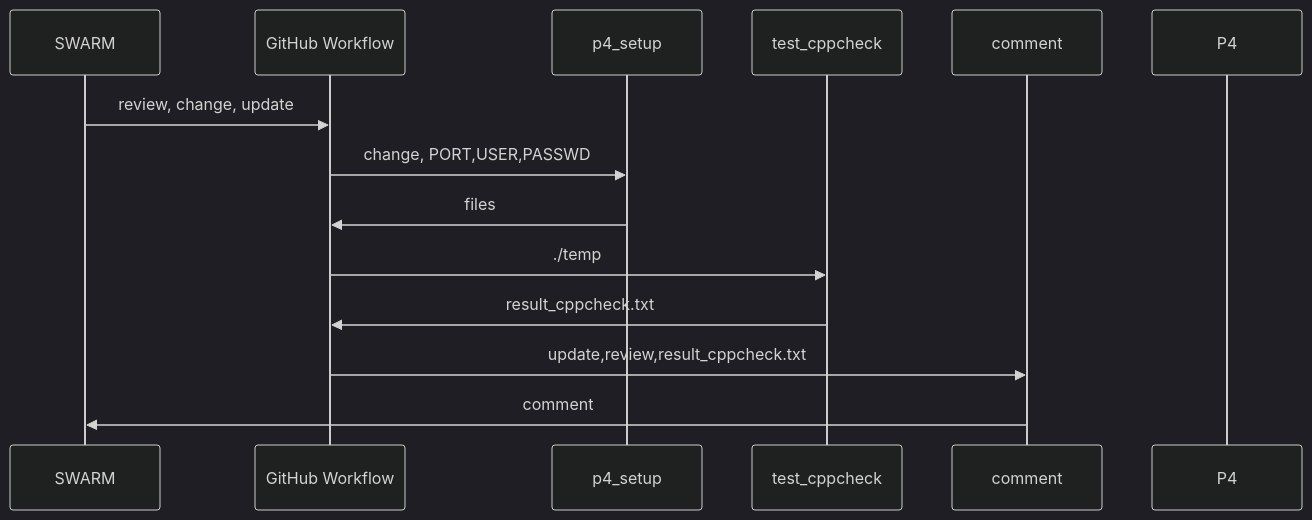
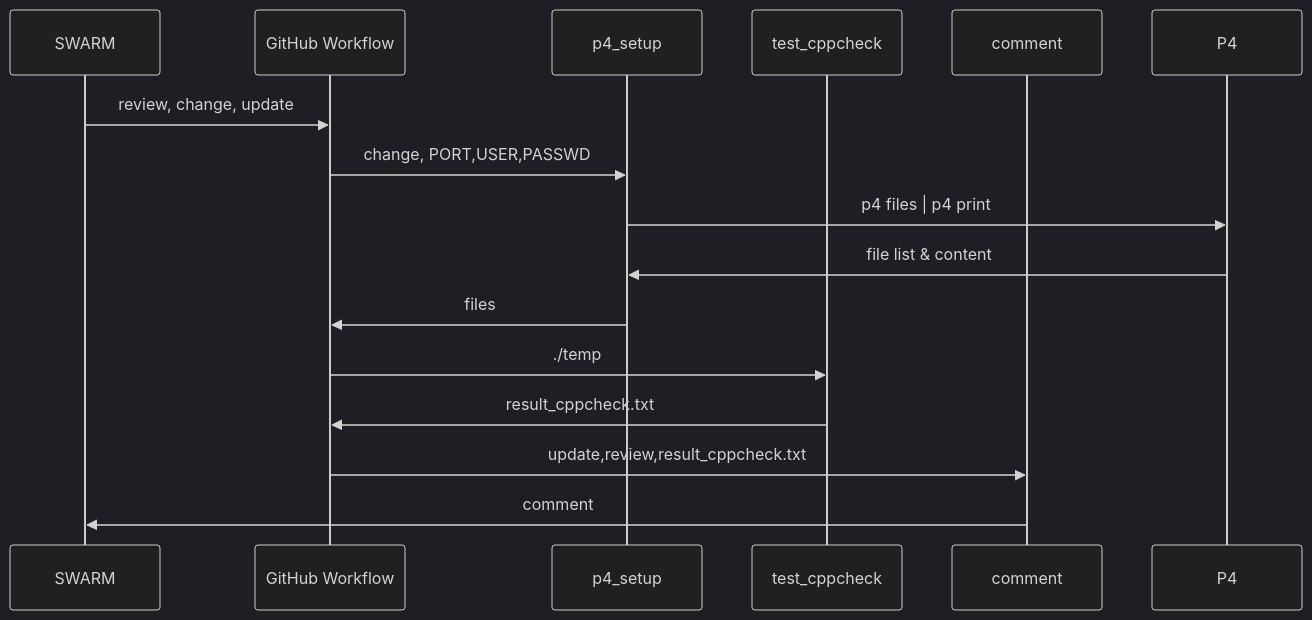
Before and after one commit to smjune/smjune.github.io: the diagram in readme.md, drawn with Mermaid (dark theme).

````diff
--- a/readme.md
+++ b/readme.md
@@ -1,16 +1,18 @@
 ```mermaid
 sequenceDiagram
     participant SWARM 
     participant GitHub Workflow
     participant p4_setup
     participant test_cppcheck
     participant comment
     participant P4
     SWARM->>GitHub Workflow: review, change, update
     GitHub Workflow->>p4_setup: change, PORT,USER,PASSWD
+    p4_setup->>P4: p4 files | p4 print
+    P4->>p4_setup: file list & content
     p4_setup->>GitHub Workflow: files
     GitHub Workflow->>test_cppcheck:./temp
     test_cppcheck->>GitHub Workflow: result_cppcheck.txt
     GitHub Workflow->>comment:update,review,result_cppcheck.txt
     comment->>SWARM: comment
 ```
````
